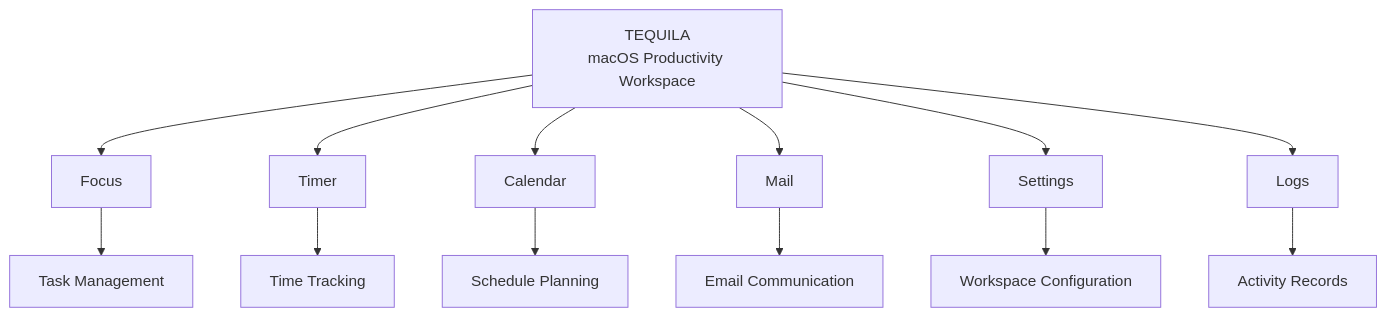
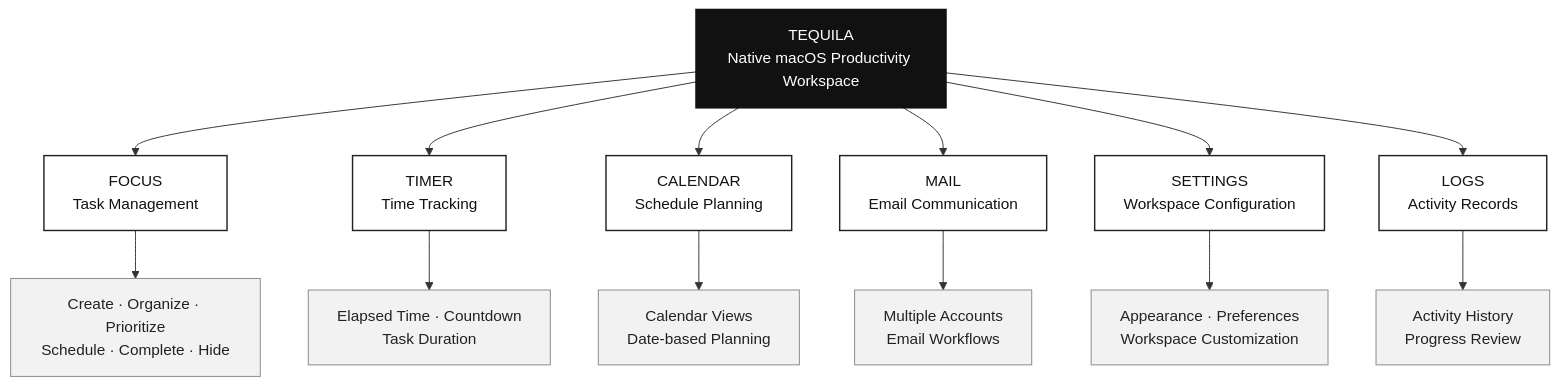
One commit to caiyuyou1227-glitch/tequila changed the diagram in README.md. Above: the diagram before and after it, drawn with Mermaid. The commit also changed other lines of this file, not shown here.

````diff
--- a/README.md
+++ b/README.md
@@ -58,18 +63,27 @@
 ```mermaid
-flowchart TD
-    A["TEQUILA<br/>macOS Productivity Workspace"]
+%%{init: {"theme":"base","themeVariables":{"background":"#FFFFFF","primaryColor":"#FFFFFF","primaryTextColor":"#111111","primaryBorderColor":"#222222","lineColor":"#333333","secondaryColor":"#F2F2F2","tertiaryColor":"#FFFFFF","clusterBkg":"#FFFFFF","clusterBorder":"#222222","edgeLabelBackground":"#FFFFFF","fontFamily":"Arial"}}}%%
+flowchart TB
+    A["TEQUILA<br/>Native macOS Productivity Workspace"]
 
-    A --> B["Focus"]
-    A --> C["Timer"]
-    A --> D["Calendar"]
-    A --> E["Mail"]
-    A --> F["Settings"]
-    A --> G["Logs"]
+    A --> B["FOCUS<br/>Task Management"]
+    A --> C["TIMER<br/>Time Tracking"]
+    A --> D["CALENDAR<br/>Schedule Planning"]
+    A --> E["MAIL<br/>Email Communication"]
+    A --> F["SETTINGS<br/>Workspace Configuration"]
+    A --> G["LOGS<br/>Activity Records"]
 
-    B --> H["Task Management"]
-    C --> I["Time Tracking"]
-    D --> J["Schedule Planning"]
-    E --> K["Email Communication"]
-    F --> L["Workspace Configuration"]
-    G --> M["Activity Records"]
+    B --> H["Create · Organize · Prioritize<br/>Schedule · Complete · Hide"]
+    C --> I["Elapsed Time · Countdown<br/>Task Duration"]
+    D --> J["Calendar Views<br/>Date-based Planning"]
+    E --> K["Multiple Accounts<br/>Email Workflows"]
+    F --> L["Appearance · Preferences<br/>Workspace Customization"]
+    G --> M["Activity History<br/>Progress Review"]
+
+    classDef main fill:#111111,color:#FFFFFF,stroke:#111111,stroke-width:2px;
+    classDef module fill:#FFFFFF,color:#111111,stroke:#222222,stroke-width:1.5px;
+    classDef detail fill:#F2F2F2,color:#222222,stroke:#888888,stroke-width:1px;
+
+    class A main;
+    class B,C,D,E,F,G module;
+    class H,I,J,K,L,M detail;
 ```
````
